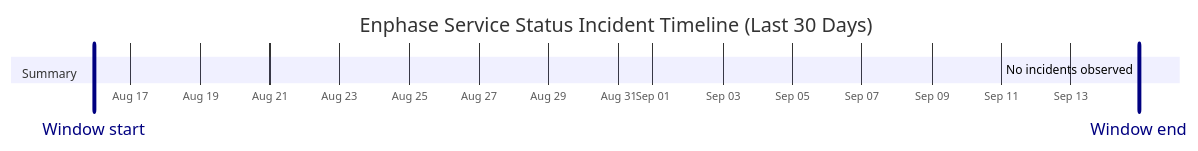
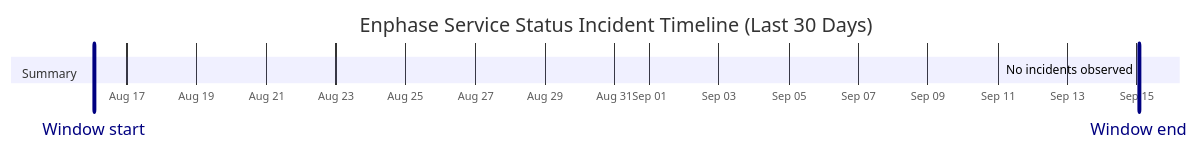
Before and after one commit to barneyonline/ha-enphase-energy: the diagram in wiki/Service-Status-History.md, drawn with Mermaid. The commit also changed other lines of this file and 3 other files, not shown here.

````diff
--- a/wiki/Service-Status-History.md
+++ b/wiki/Service-Status-History.md
@@ -14,10 +14,10 @@
 ```mermaid
 gantt
     title Enphase Service Status Incident Timeline (Last 30 Days)
     dateFormat  YYYY-MM-DDTHH:mm:ss
     axisFormat  %b %d
-    Window start :vert, window-start, 2026-08-15T22:37:46, 0ms
-    Window end :vert, window-end, 2026-09-14T22:37:46, 0ms
+    Window start :vert, window-start, 2026-08-16T01:09:54, 0ms
+    Window end :vert, window-end, 2026-09-15T01:09:54, 0ms
     section Summary
-    No incidents observed :done, 2026-09-14T22:37:46, 1m
+    No incidents observed :done, 2026-09-15T01:09:54, 1m
 ```
````
